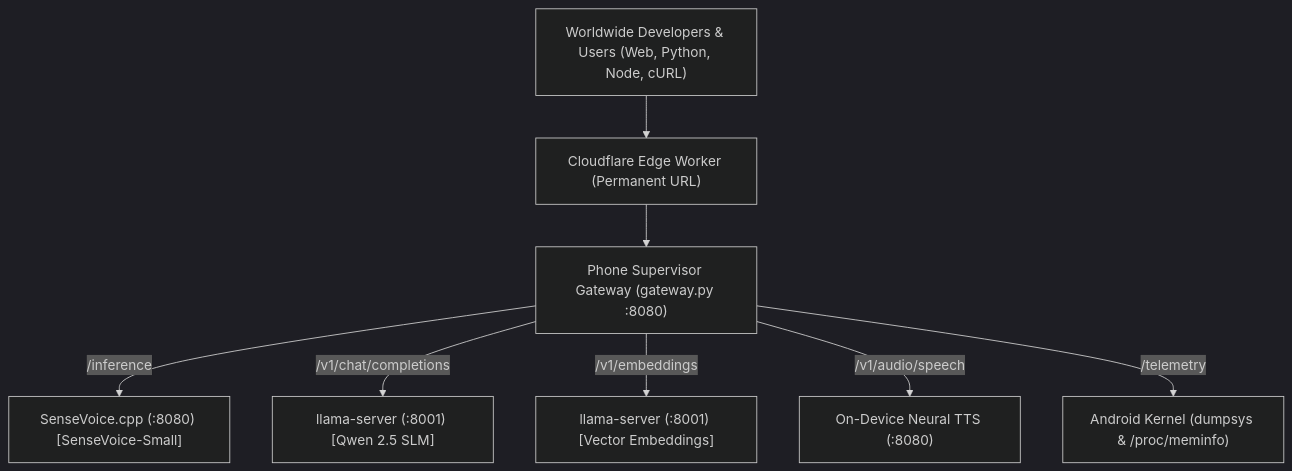
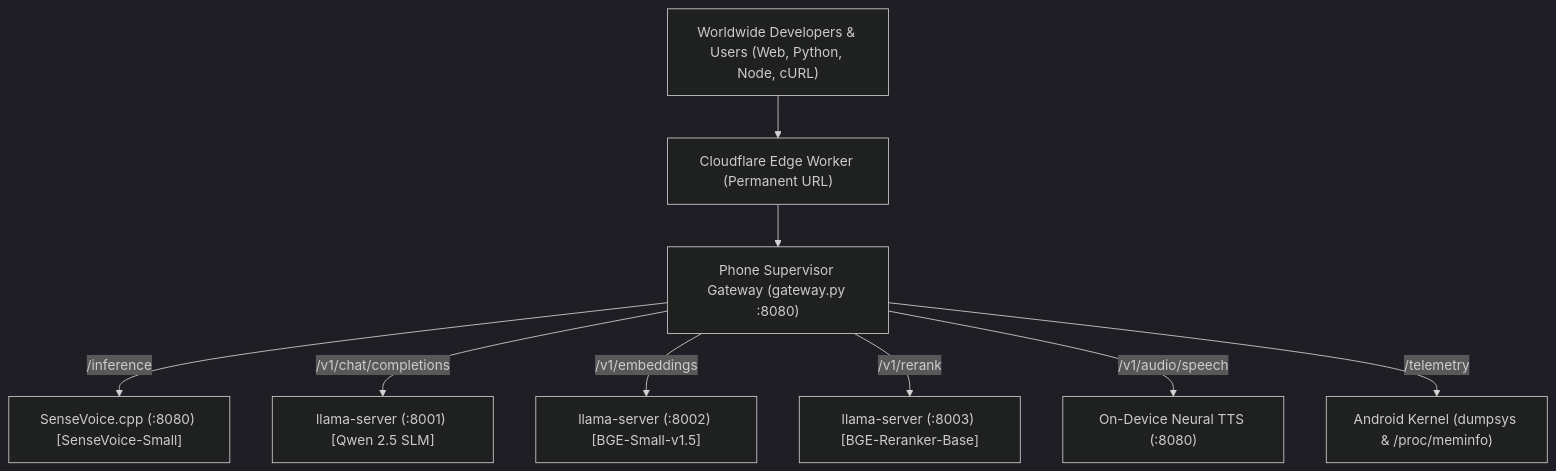
Before and after one commit to Electroiscoding/phone-whisper-server: the diagram in README.md, drawn with Mermaid (dark theme). The commit also changed other lines of this file and 3 other files, not shown here.

Commit message:
feat(reranker): Deploy production BAAI BGE-Reranker-Base Deep Cross-Encoder NLI engine with /v1/rerank API

````diff
--- a/README.md
+++ b/README.md
@@ -44,11 +45,12 @@
 ```mermaid
 flowchart TD
     Client["Worldwide Developers & Users (Web, Python, Node, cURL)"] --> CF["Cloudflare Edge Worker (Permanent URL)"]
     CF --> Phone["Phone Supervisor Gateway (gateway.py :8080)"]
     
     Phone -->|"/inference"| SenseVoice["SenseVoice.cpp (:8080) [SenseVoice-Small]"]
     Phone -->|"/v1/chat/completions"| LlamaChat["llama-server (:8001) [Qwen 2.5 SLM]"]
-    Phone -->|"/v1/embeddings"| LlamaEmb["llama-server (:8001) [Vector Embeddings]"]
+    Phone -->|"/v1/embeddings"| LlamaEmb["llama-server (:8002) [BGE-Small-v1.5]"]
+    Phone -->|"/v1/rerank"| LlamaRerank["llama-server (:8003) [BGE-Reranker-Base]"]
     Phone -->|"/v1/audio/speech"| TTS["On-Device Neural TTS (:8080)"]
     Phone -->|"/telemetry"| Kernel["Android Kernel (dumpsys & /proc/meminfo)"]
 ```
````
